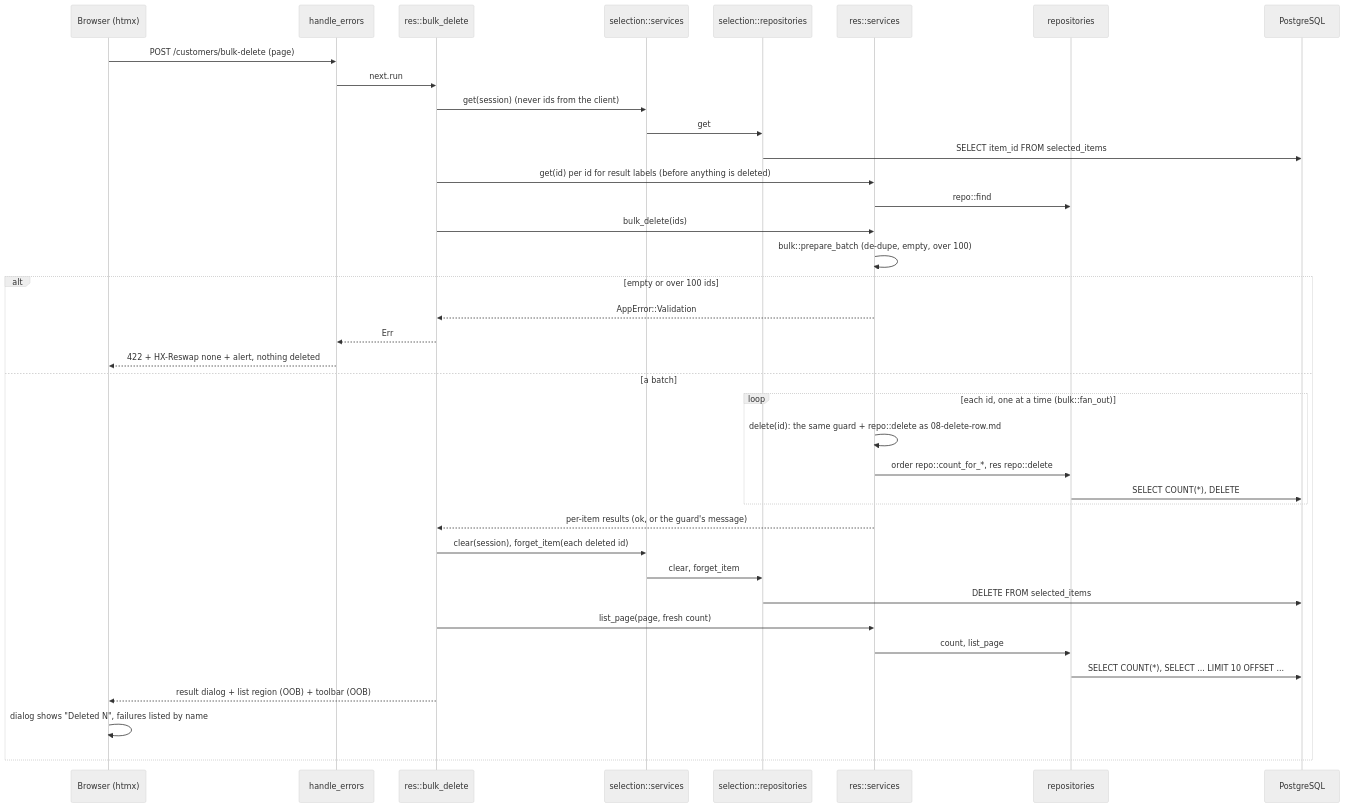
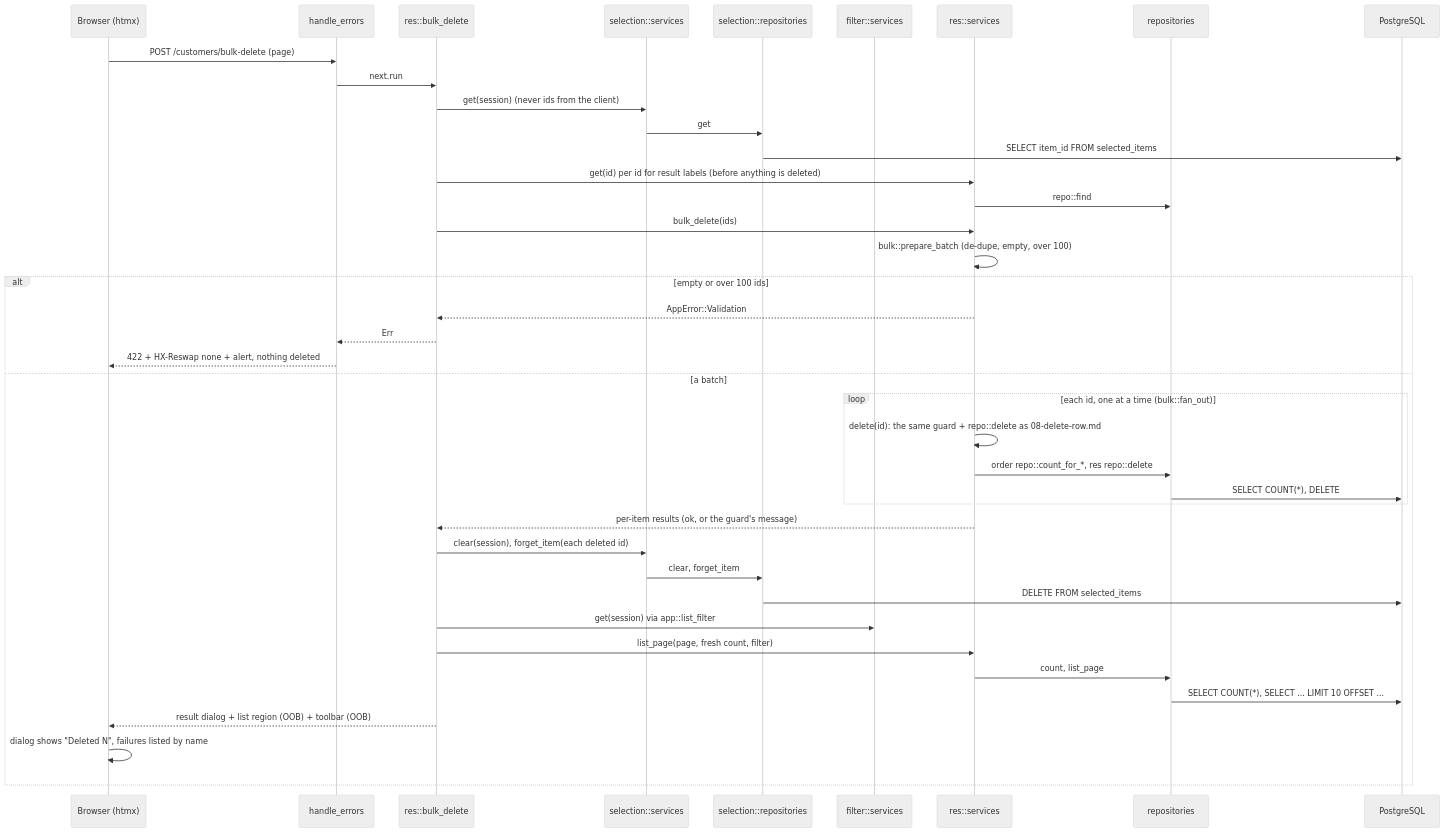
One commit to bunyawats/customer_crud_topcoat changed the diagram in docs/interaction-diagrams/12-post-bulk-delete.md. Above: the diagram before and after it, drawn with Mermaid (neutral theme). The commit also changed 67 other files, not shown here.

First line of the commit message:
Add list search with criteria kept in a server-side filter object

````diff
--- a/docs/interaction-diagrams/12-post-bulk-delete.md
+++ b/docs/interaction-diagrams/12-post-bulk-delete.md
@@ -3,40 +3,42 @@
 ```mermaid
 sequenceDiagram
     participant B as Browser (htmx)
     participant L as handle_errors
     participant H as res::bulk_delete
     participant SelS as selection::services
     participant SelR as selection::repositories
+    participant FS as filter::services
     participant S as res::services
     participant R as repositories
     participant DB as PostgreSQL
     B->>L: POST /customers/bulk-delete (page)
     L->>H: next.run
     H->>SelS: get(session) (never ids from the client)
     SelS->>SelR: get
     SelR->>DB: SELECT item_id FROM selected_items
     H->>S: get(id) per id for result labels (before anything is deleted)
     S->>R: repo::find
     H->>S: bulk_delete(ids)
     S->>S: bulk::prepare_batch (de-dupe, empty, over 100)
     alt empty or over 100 ids
         S-->>H: AppError::Validation
         H-->>L: Err
         L-->>B: 422 + HX-Reswap none + alert, nothing deleted
     else a batch
         loop each id, one at a time (bulk::fan_out)
             S->>S: delete(id): the same guard + repo::delete as 08-delete-row.md
             S->>R: order repo::count_for_*, res repo::delete
             R->>DB: SELECT COUNT(*), DELETE
         end
         S-->>H: per-item results (ok, or the guard's message)
         H->>SelS: clear(session), forget_item(each deleted id)
         SelS->>SelR: clear, forget_item
         SelR->>DB: DELETE FROM selected_items
-        H->>S: list_page(page, fresh count)
+        H->>FS: get(session) via app::list_filter
+        H->>S: list_page(page, fresh count, filter)
         S->>R: count, list_page
         R->>DB: SELECT COUNT(*), SELECT ... LIMIT 10 OFFSET ...
         H-->>B: result dialog + list region (OOB) + toolbar (OOB)
         B->>B: dialog shows "Deleted N", failures listed by name
     end
 ```
````
